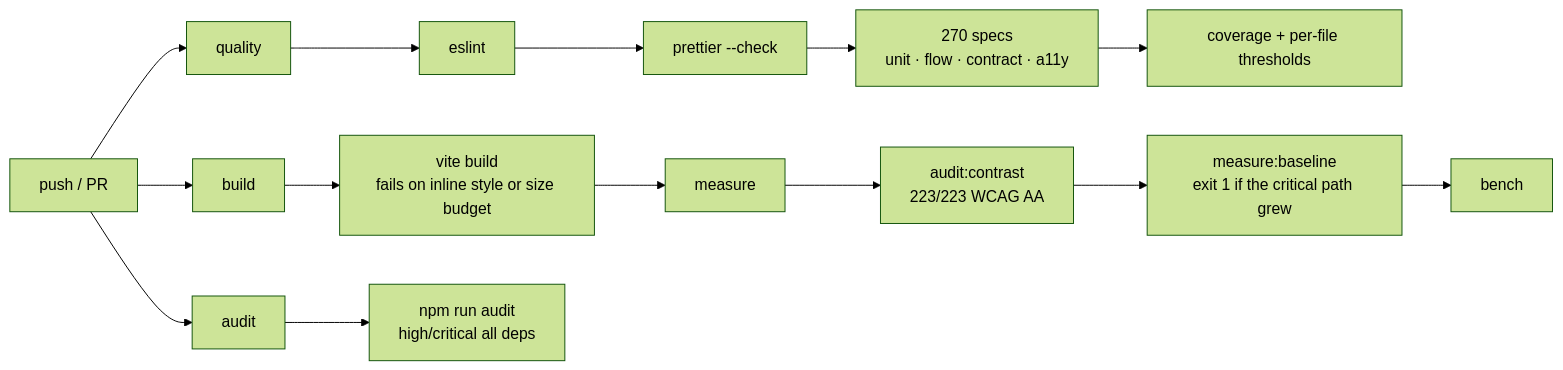
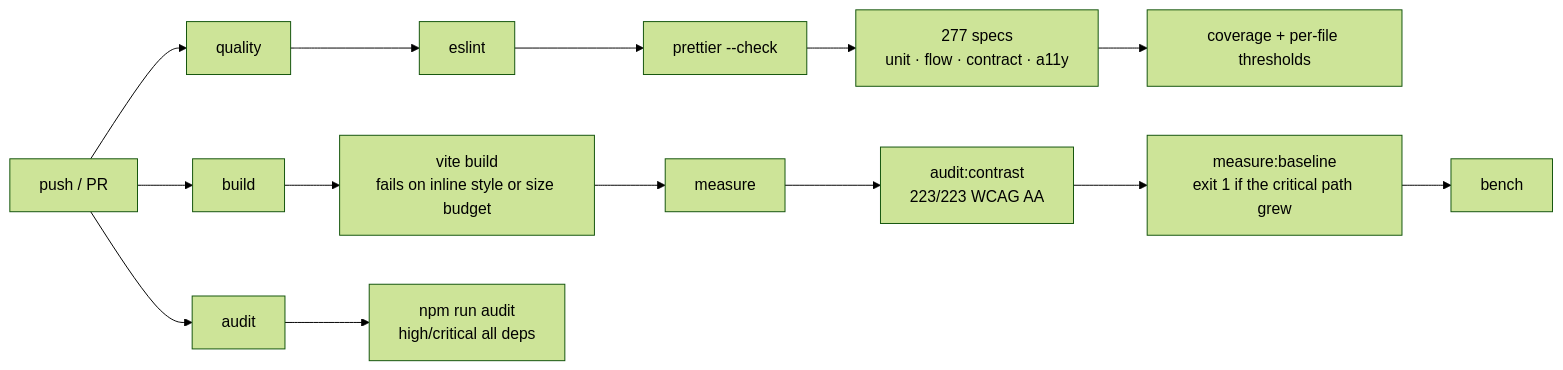
Diagram 11 of 11 in README.md (YASLOGIST/urlf-up), drawn with Mermaid (forest theme) before and after one commit. The commit also changed other lines of this file and 7 other files, not shown here.

````diff
--- a/README.md
+++ b/README.md
@@ -784,9 +784,9 @@
 ```mermaid
 graph LR
   P["push / PR"] --> Q["quality"]
   P --> B["build"]
   P --> D["audit"]
-  Q --> Q1["eslint"] --> Q2["prettier --check"] --> Q3["270 specs<br/>unit · flow · contract · a11y"] --> Q4["coverage + per-file thresholds"]
+  Q --> Q1["eslint"] --> Q2["prettier --check"] --> Q3["277 specs<br/>unit · flow · contract · a11y"] --> Q4["coverage + per-file thresholds"]
   B --> B1["vite build<br/>fails on inline style or size budget"] --> B2["measure"] --> B3["audit:contrast<br/>223/223 WCAG AA"] --> B4["measure:baseline<br/>exit 1 if the critical path grew"] --> B5["bench"]
   D --> D1["npm run audit<br/>high/critical all deps"]
 ```
````
